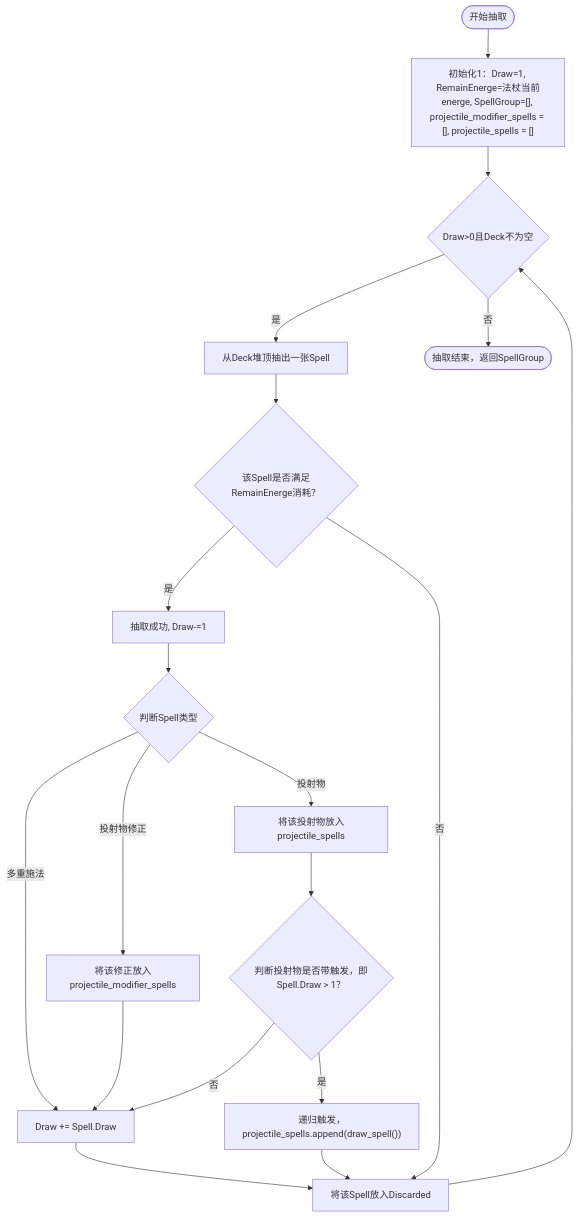
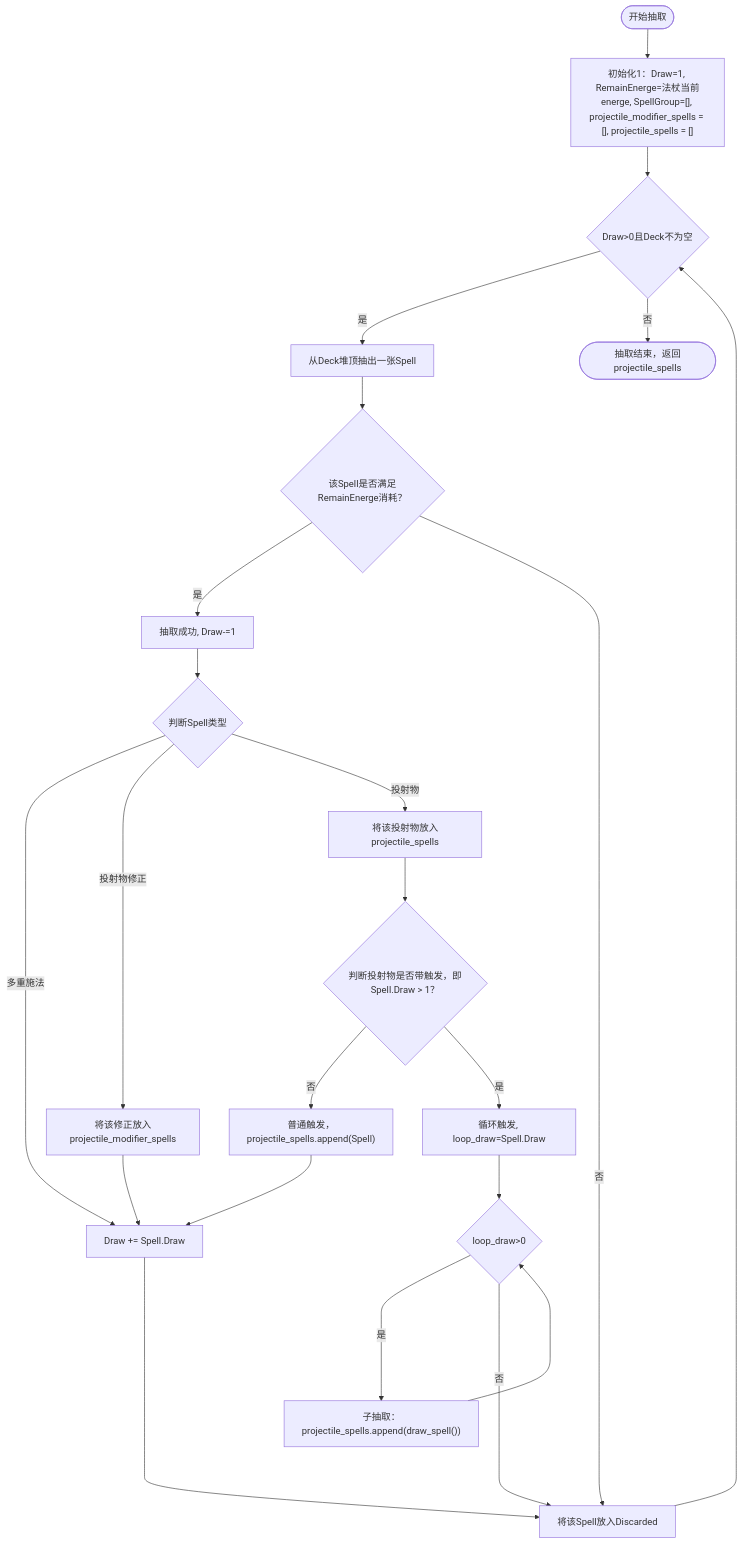
Before and after one commit to chiangwanyi/Zombie-Survivors: the diagram in 法杖施法过程.md, drawn with Mermaid. The commit also changed other lines of this file, not shown here.

````diff
--- a/法杖施法过程.md
+++ b/法杖施法过程.md
@@ -1,20 +4,24 @@
 ```mermaid
 flowchart TD
     Start(["开始抽取"]) --> 初始化1["初始化1：Draw=1, RemainEnerge=法杖当前energe, SpellGroup=[], projectile_modifier_spells = [], projectile_spells = []"]
     初始化1 --> 循环判断{"Draw>0且Deck不为空"}
     循环判断 --> |是| Deck抽牌["从Deck堆顶抽出一张Spell"]
-    循环判断 --> |否| End(["抽取结束，返回SpellGroup"])
     Deck抽牌 --> energe判断{"该Spell是否满足RemainEnerge消耗？"}
     energe判断 --> |是| 抽取成功["抽取成功, Draw-=1"]
     energe判断 --> |否| Spell入Discared["将该Spell放入Discarded"] --> 循环判断
     抽取成功 --> 判断Spell类型{"判断Spell类型"}
     判断Spell类型 --> |多重施法| 计算Draw["Draw += Spell.Draw"]
     判断Spell类型 --> |投射物修正| 记录投射修正["将该修正放入projectile_modifier_spells"]
     判断Spell类型 --> |投射物| 记录投射物["将该投射物放入projectile_spells"]
     记录投射物 --> 判断投射物是否带触发{"判断投射物是否带触发，即Spell.Draw > 1？"}
-    判断投射物是否带触发 --> |否| 计算Draw
-    判断投射物是否带触发 --> |是| 递归触发["递归触发，projectile_spells.append(draw_spell())"]
-    递归触发 --> Spell入Discared
+    判断投射物是否带触发 --> |否| 普通触发["普通触发，projectile_spells.append(Spell)"]
+    普通触发 --> 计算Draw
+    判断投射物是否带触发 --> |是| 循环触发["循环触发, loop_draw=Spell.Draw"]
+    循环触发 --> 判断子抽取{"loop_draw>0"}
+    判断子抽取 --> |是| 子抽取["子抽取：projectile_spells.append(draw_spell())"]
+    判断子抽取 --> |否| Spell入Discared
+    子抽取 ----> 判断子抽取
     记录投射修正 --> 计算Draw
-    计算Draw --> Spell入Discared
+    计算Draw ------> Spell入Discared
+    循环判断 --> |否| End(["抽取结束，返回projectile_spells"])
 ```
````
